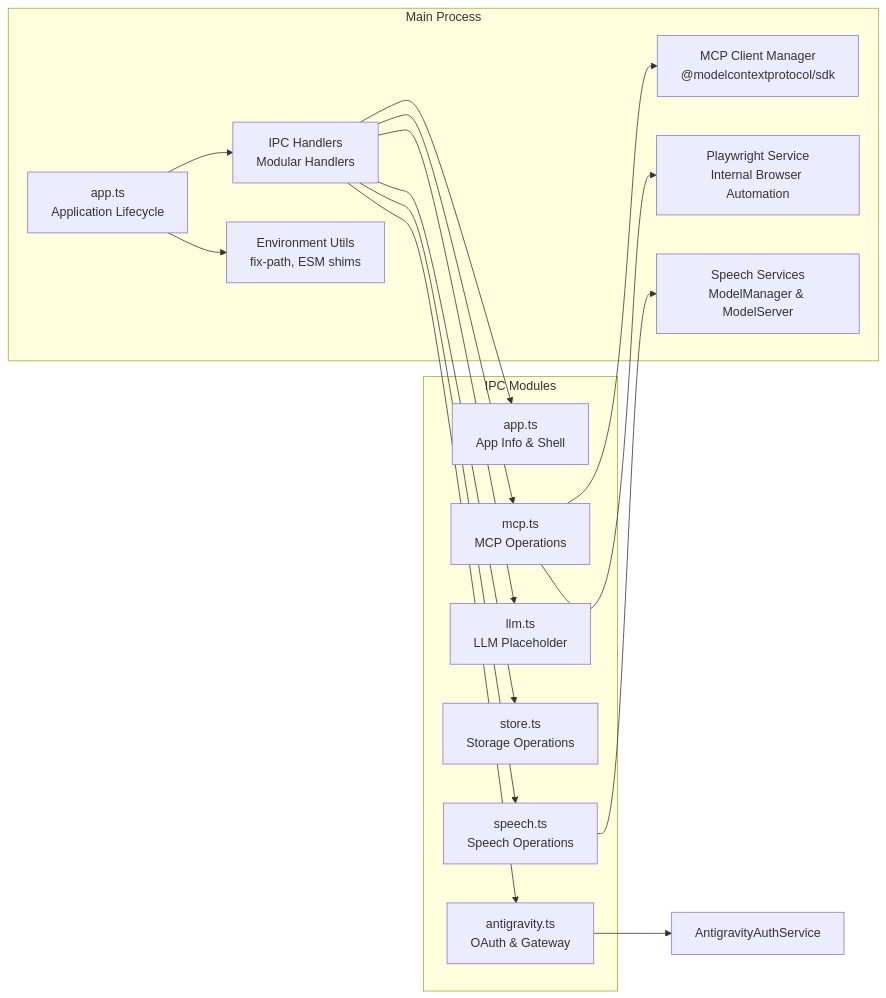
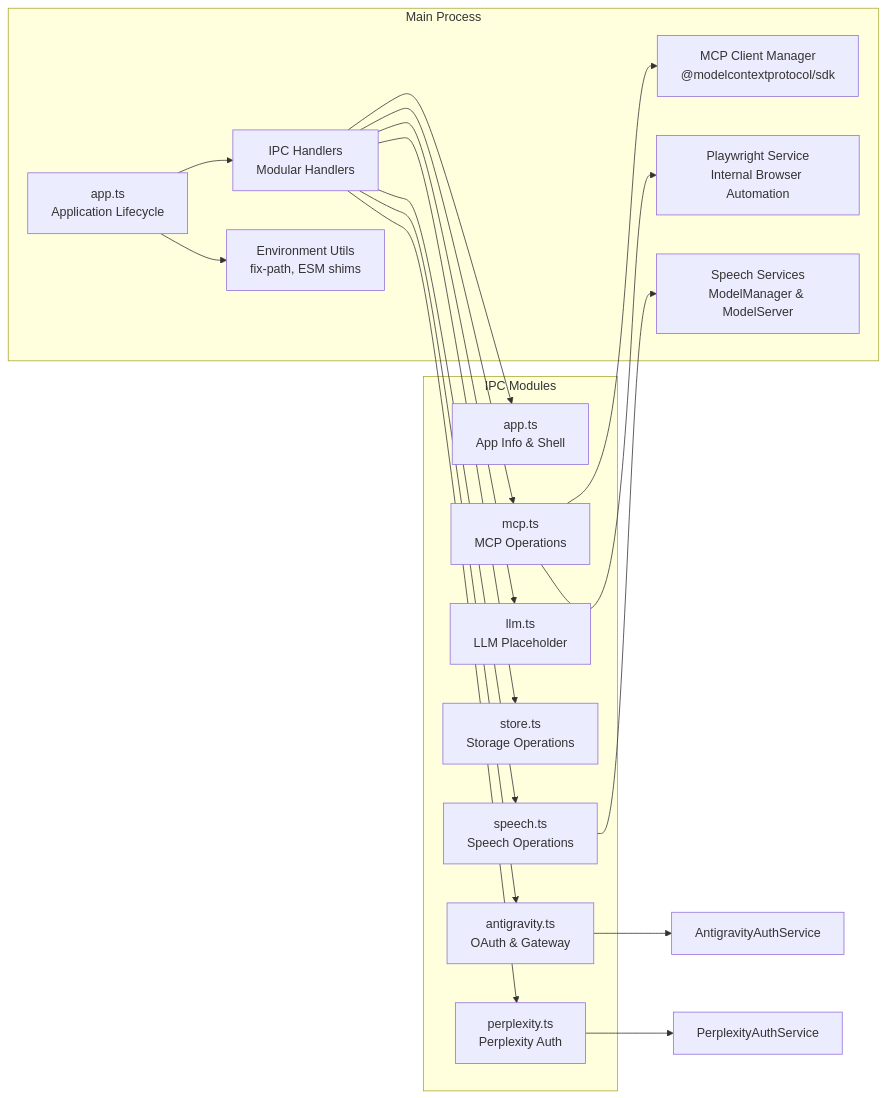
One commit to meharajM/ai-worker.app changed the second of 31 diagrams in architecture.md. Above: the diagram before and after it, drawn with Mermaid. The commit also changed other lines of this file and 23 other files, not shown here.

````diff
--- a/architecture.md
+++ b/architecture.md
@@ -63,33 +63,36 @@
 ```mermaid
 graph LR
     subgraph "Main Process"
         App[app.ts<br/>Application Lifecycle]
         IPC[IPC Handlers<br/>Modular Handlers]
         MCP[MCP Client Manager<br/>@modelcontextprotocol/sdk]
         Playwright[Playwright Service<br/>Internal Browser Automation]
         Speech[Speech Services<br/>ModelManager & ModelServer]
         Env[Environment Utils<br/>fix-path, ESM shims]
     end
 
     subgraph "IPC Modules"
         AppHandlers[app.ts<br/>App Info & Shell]
         MCPHandlers[mcp.ts<br/>MCP Operations]
         LLMHandlers[llm.ts<br/>LLM Placeholder]
         StoreHandlers[store.ts<br/>Storage Operations]
         SpeechHandlers[speech.ts<br/>Speech Operations]
         AntigravityHandlers[antigravity.ts<br/>OAuth & Gateway]
+        PerplexityHandlers[perplexity.ts<br/>Perplexity Auth]
     end
 
     App --> IPC
     IPC --> AppHandlers
     IPC --> MCPHandlers
     IPC --> LLMHandlers
     IPC --> StoreHandlers
     IPC --> SpeechHandlers
     IPC --> AntigravityHandlers
+    IPC --> PerplexityHandlers
     MCPHandlers --> MCP
     MCPHandlers --> Playwright
     SpeechHandlers --> Speech
     AntigravityHandlers --> AntigravityAuthService[AntigravityAuthService]
+    PerplexityHandlers --> PerplexityAuthService[PerplexityAuthService]
     App --> Env
 ```
````
